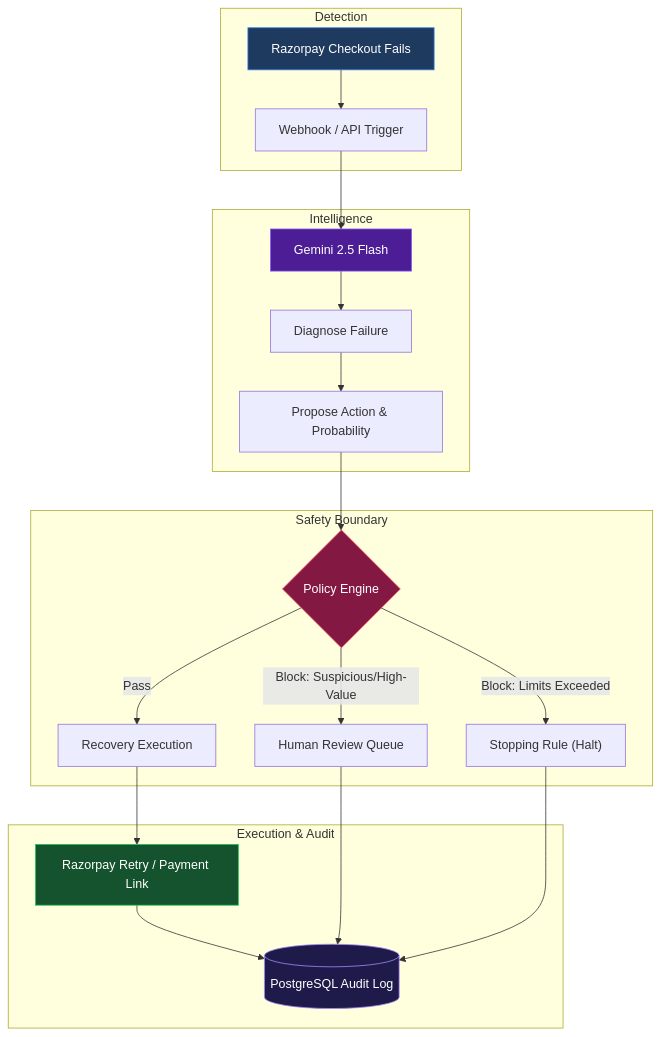
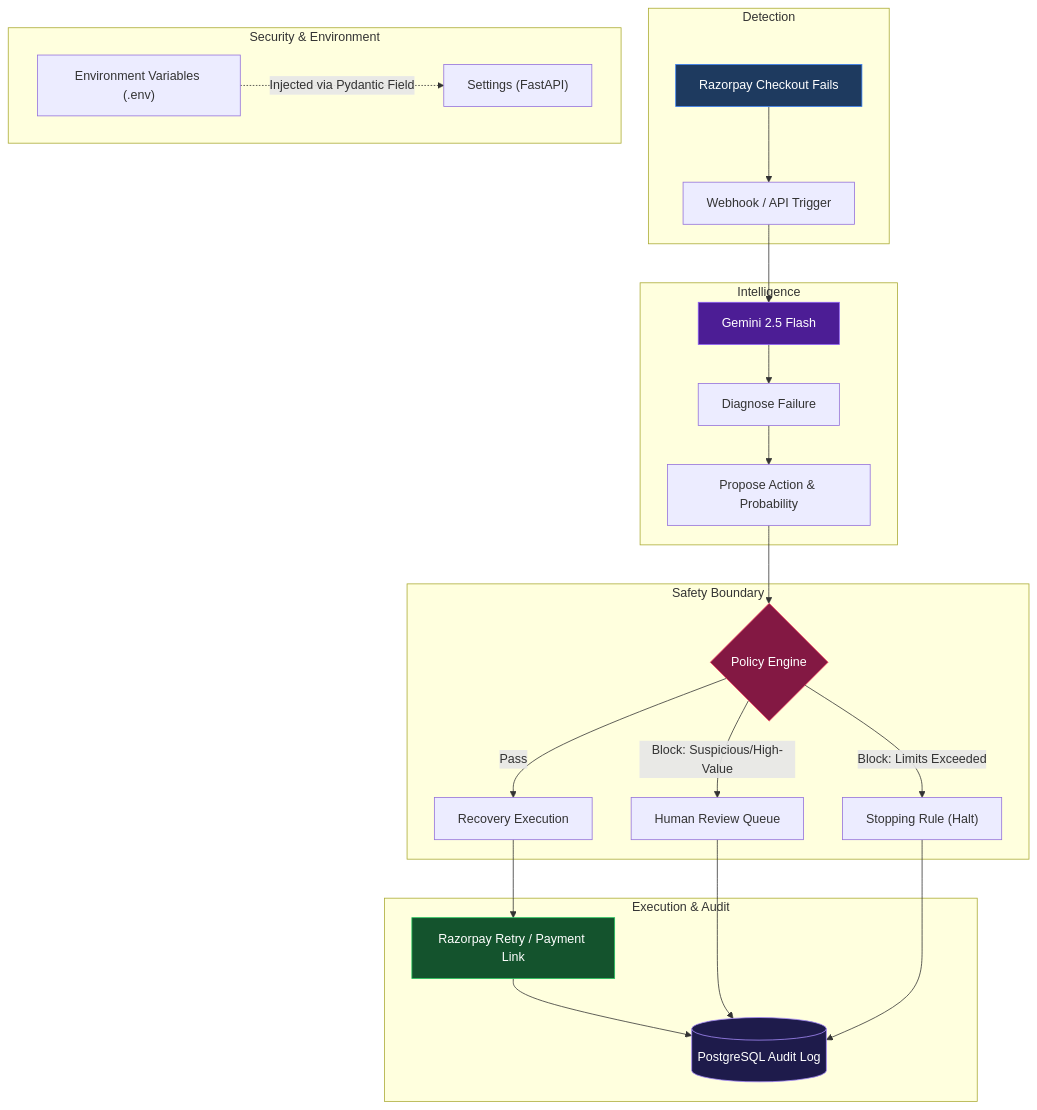
Before and after one commit to himanshusinghhls/razorpay-recovery-os: the diagram in docs/ARCHITECTURE.md, drawn with Mermaid. The commit also changed other lines of this file and 2 other files, not shown here.

Commit message:
docs: upgrade architecture docs, readme and strictly type env configurations

````diff
--- a/docs/ARCHITECTURE.md
+++ b/docs/ARCHITECTURE.md
@@ -12,32 +12,36 @@
 ```mermaid
 flowchart TB
     subgraph Detection
       A["Razorpay Checkout Fails"] --> B["Webhook / API Trigger"]
     end
 
     subgraph Intelligence
       B --> C["Gemini 2.5 Flash"]
       C --> D["Diagnose Failure"]
       D --> E["Propose Action & Probability"]
     end
 
     subgraph Safety Boundary
       E --> F{"Policy Engine"}
       F -->|"Pass"| G["Recovery Execution"]
       F -->|"Block: Suspicious/High-Value"| H["Human Review Queue"]
       F -->|"Block: Limits Exceeded"| I["Stopping Rule (Halt)"]
     end
 
     subgraph Execution & Audit
       G --> J["Razorpay Retry / Payment Link"]
       J --> K[("PostgreSQL Audit Log")]
       H --> K
       I --> K
     end
 
+    subgraph Security & Environment
+      L["Environment Variables (.env)"] -.->|Injected via Pydantic Field| M["Settings (FastAPI)"]
+    end
+
     style A fill:#1e3a5f,stroke:#3b82f6,color:#fff
     style C fill:#4c1d95,stroke:#8b5cf6,color:#fff
     style F fill:#831843,stroke:#f43f5e,color:#fff
     style J fill:#14532d,stroke:#22c55e,color:#fff
     style K fill:#1e1b4b,stroke:#a78bfa,color:#fff
 ```
````
